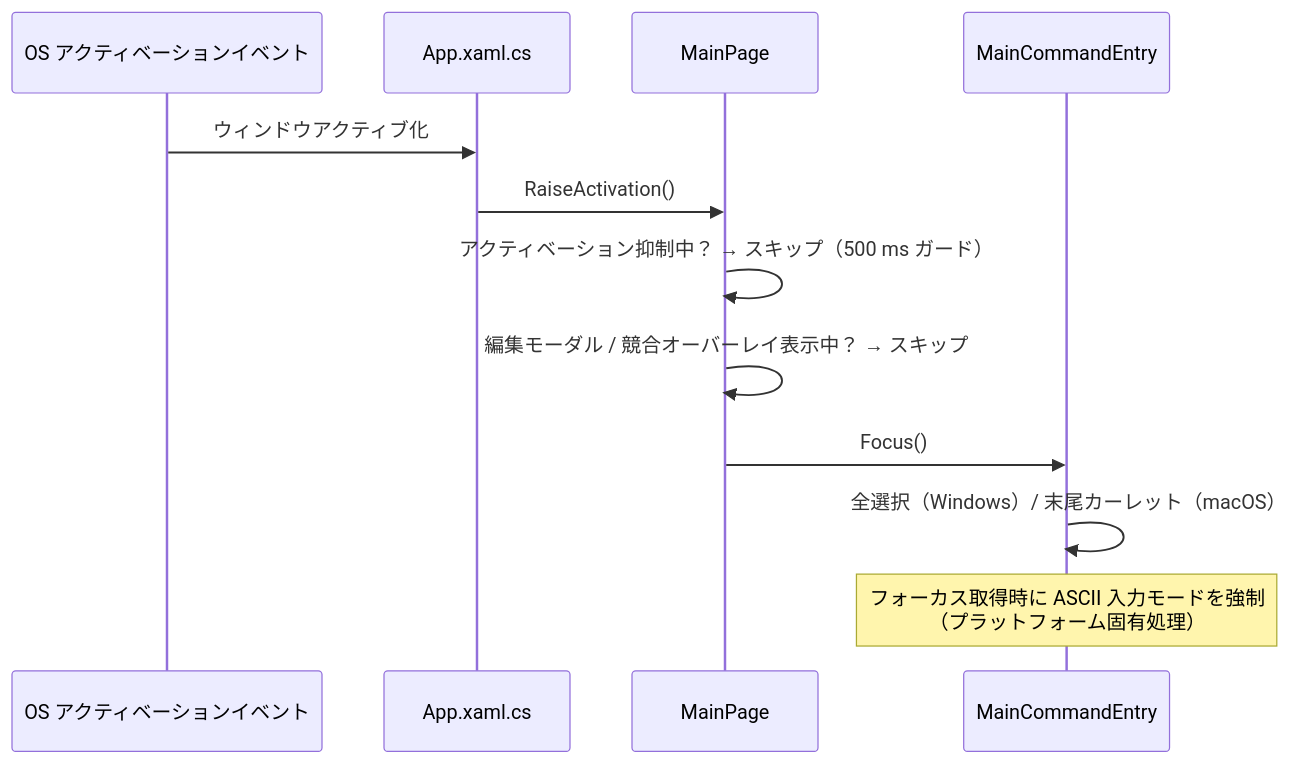
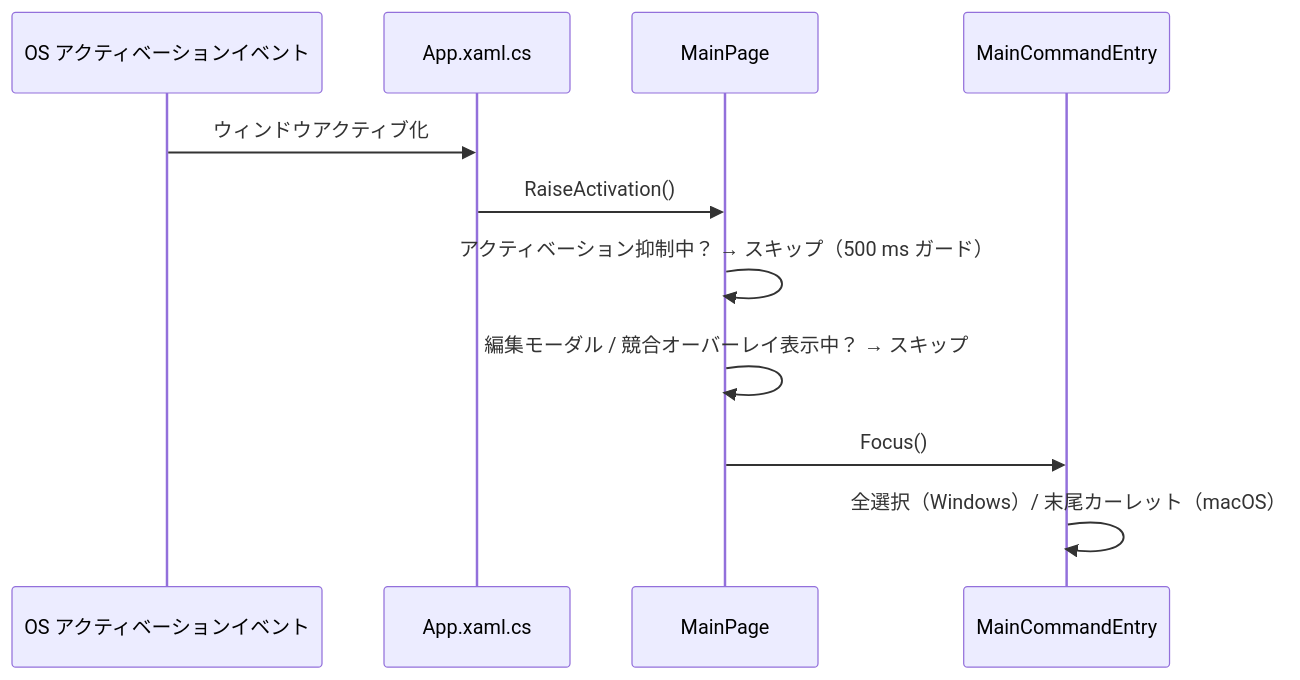
Before and after one commit to Widthdom/Praxis: the fifth of 6 diagrams in docs/DEVELOPER_GUIDE.md, drawn with Mermaid. The commit also changed other lines of this file and 11 other files, not shown here.

````diff
--- a/docs/DEVELOPER_GUIDE.md
+++ b/docs/DEVELOPER_GUIDE.md
@@ -499,15 +499,14 @@
 ```mermaid
 sequenceDiagram
     participant OS as OS アクティベーションイベント
     participant App as App.xaml.cs
     participant MP as MainPage
     participant CE as MainCommandEntry
 
     OS->>App: ウィンドウアクティブ化
     App->>MP: RaiseActivation()
     MP->>MP: アクティベーション抑制中？ → スキップ（500 ms ガード）
     MP->>MP: 編集モーダル / 競合オーバーレイ表示中？ → スキップ
     MP->>CE: Focus()
     CE->>CE: 全選択（Windows）/ 末尾カーレット（macOS）
-    Note over CE: フォーカス取得時に ASCII 入力モードを強制<br/>（プラットフォーム固有処理）
 ```
````
